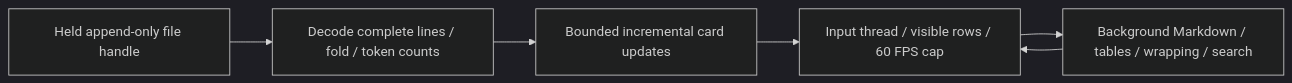
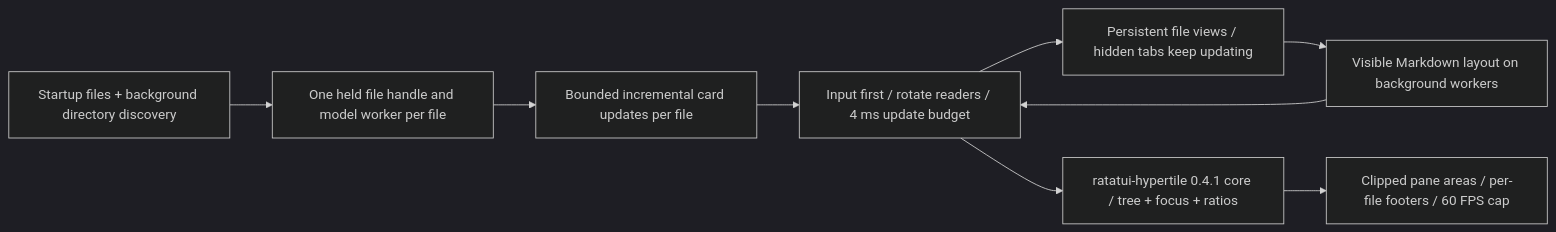
One commit to Delva0/gh-puller changed the diagram in apps/agent-tui/README.md. Above: the diagram before and after it, drawn with Mermaid (dark theme). The commit also changed other lines of this file and 13 other files, not shown here.

````diff
--- a/apps/agent-tui/README.md
+++ b/apps/agent-tui/README.md
@@ -126,8 +186,11 @@
 ```mermaid
 flowchart LR
-  File[Held append-only file handle] --> Worker[Decode complete lines / fold / token counts]
-  Worker --> Changes[Bounded incremental card updates]
-  Changes --> UI[Input thread / visible rows / 60 FPS cap]
-  UI --> Layout[Background Markdown / tables / wrapping / search]
-  Layout --> UI
+  Sources[Startup files + background directory discovery] --> Sessions[One held file handle and model worker per file]
+  Sessions --> Changes[Bounded incremental card updates per file]
+  Changes --> Workspace[Input first / rotate readers / 4 ms update budget]
+  Workspace --> Views[Persistent file views / hidden tabs keep updating]
+  Views --> Layout[Visible Markdown layout on background workers]
+  Layout --> Workspace
+  Workspace --> Tiling[ratatui-hypertile 0.4.1 core / tree + focus + ratios]
+  Tiling --> Frame[Clipped pane areas / per-file footers / 60 FPS cap]
 ```
````
